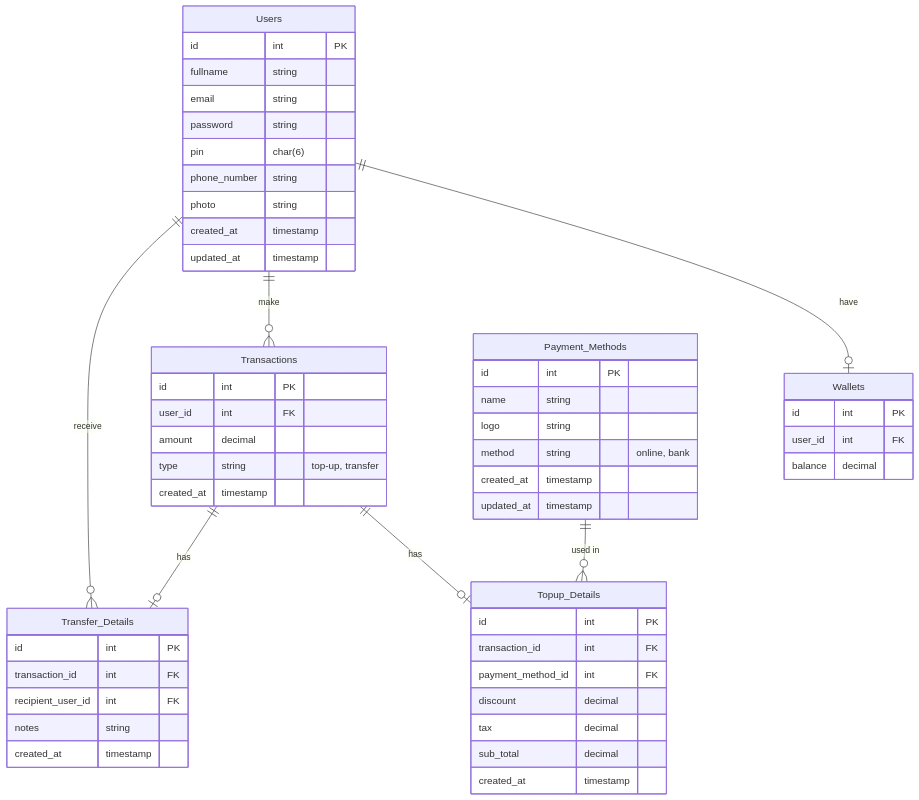
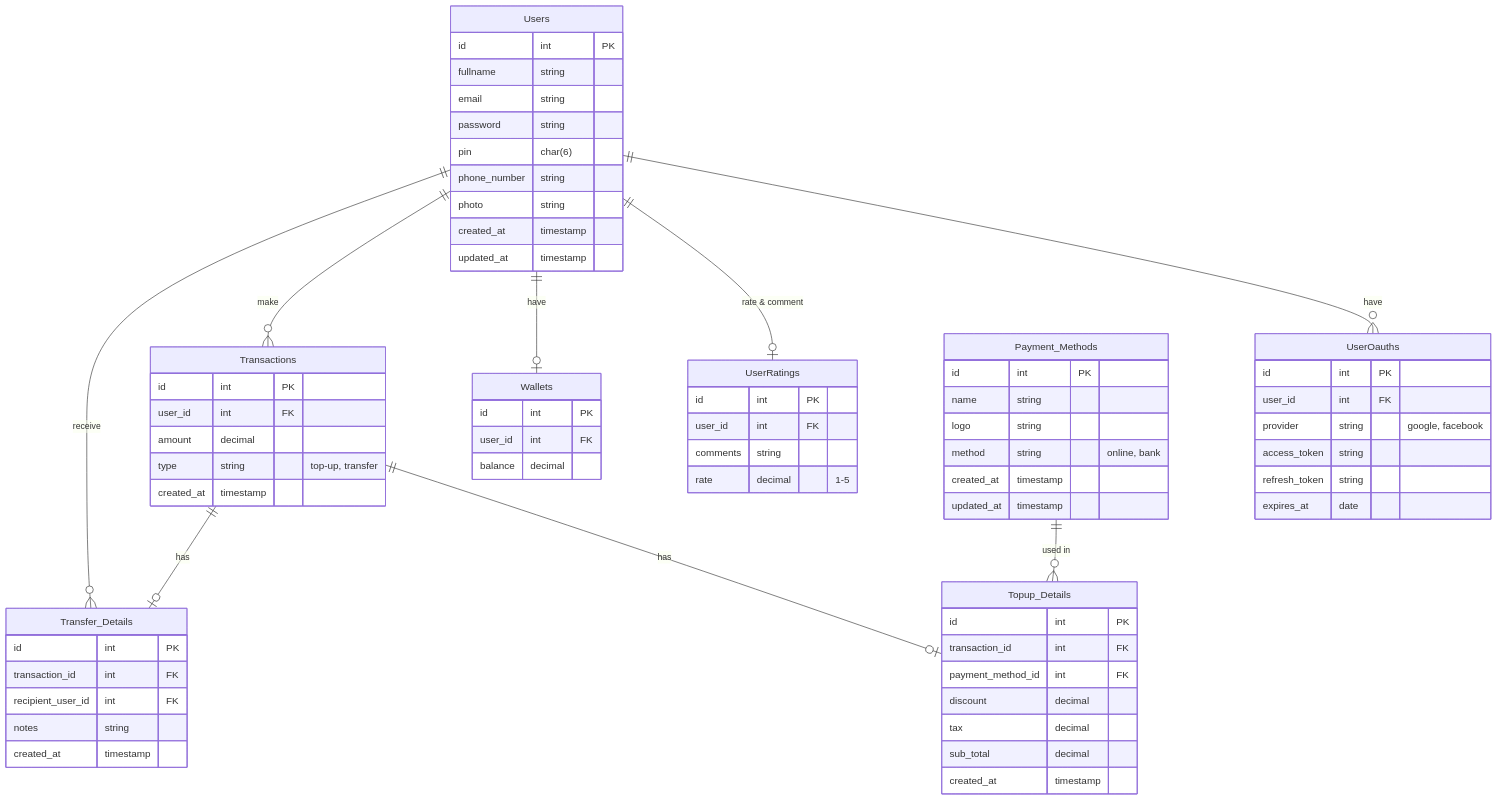
The diagram in README.md (anggavb/koda-b7-db), drawn with Mermaid before and after one commit.

Commit message:
feat(docs): add UserOauths and UserRatings tables to ER diagram in README

````diff
--- a/README.md
+++ b/README.md
@@ -1,57 +1,73 @@
 ```mermaid
 erDiagram
     Users {
         id int PK
         fullname string
         email string
         password string
         pin char(6)
         phone_number string
         photo string
         created_at timestamp
         updated_at timestamp
+    }
+    UserOauths {
+        id int PK
+        user_id int FK
+        provider string "google, facebook"
+        access_token string
+        refresh_token string
+        expires_at date
+    }
+    UserRatings {
+        id int PK
+        user_id int FK
+        comments string
+        rate decimal "1-5"
     }
     Wallets {
         id int PK
         user_id int FK
         balance decimal
     }
     Transactions {
         id int PK
         user_id int FK
         amount decimal
         type string "top-up, transfer"
         created_at timestamp
     }
     Payment_Methods {
         id int PK
         name string
         logo string
         method string "online, bank"
         created_at timestamp
         updated_at timestamp
     }
     Topup_Details {
         id int PK
         transaction_id int FK
         payment_method_id int FK
         discount decimal
         tax decimal
         sub_total decimal
         created_at timestamp
     }
     Transfer_Details {
         id int PK
         transaction_id int FK
         recipient_user_id int FK
         notes string
         created_at timestamp
     }
 
+    Users ||--o{ UserOauths : have
+    Users ||--o| UserRatings : "rate & comment"
     Users ||--o| Wallets : have
     Users ||--o{ Transactions : make
     Users  ||--o{ Transfer_Details : receive
     Payment_Methods ||--o{ Topup_Details : "used in"
     Transactions ||--o| Topup_Details : has
     Transactions ||--o| Transfer_Details : has
 ```
````
